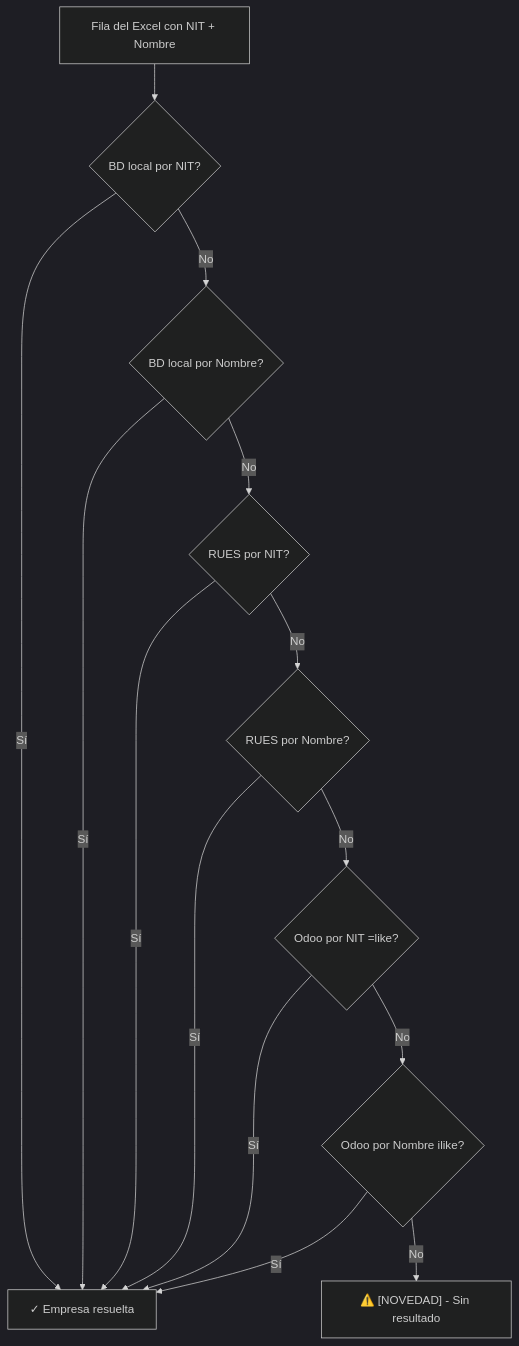
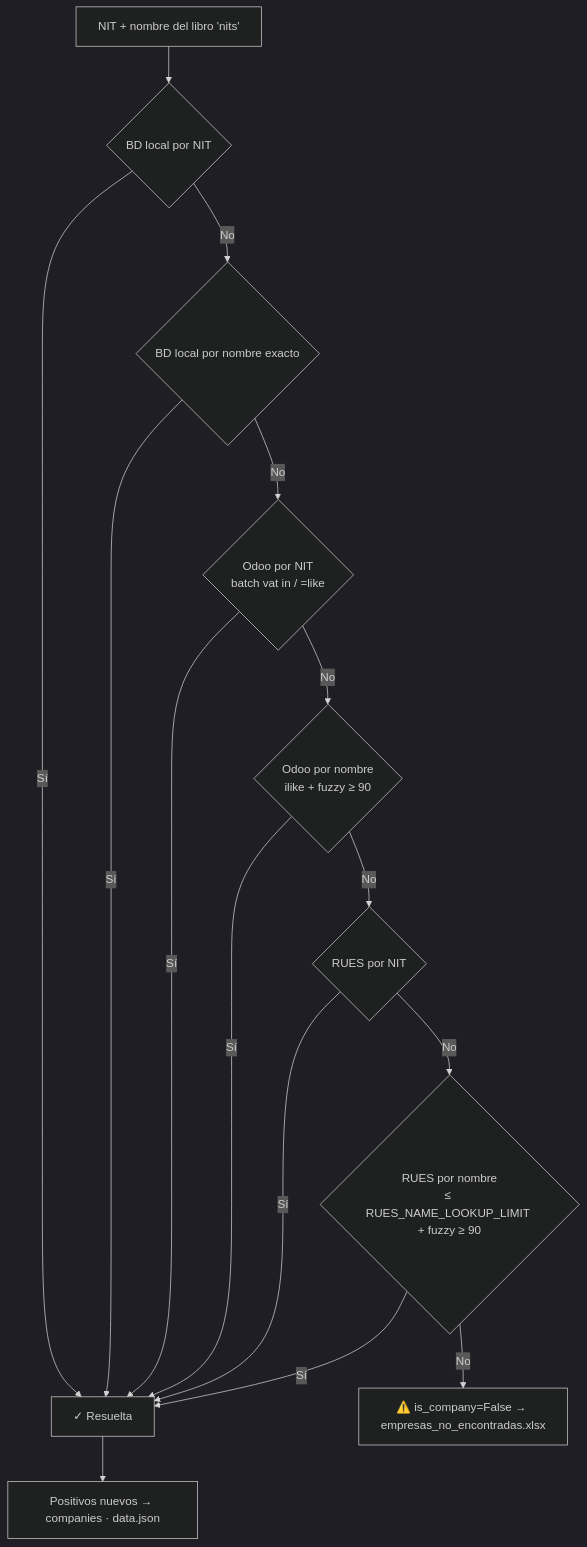
One commit to santo2409/Facturacion changed the seventh of 12 diagrams in docs/c4-diagrams.md. Above: the diagram before and after it, drawn with Mermaid (dark theme). The commit also changed other lines of this file, not shown here.

Commit message:
docs(c4-diagrams): update architectural diagrams and flowcharts for clarity and detail

````diff
--- a/docs/c4-diagrams.md
+++ b/docs/c4-diagrams.md
@@ -279,16 +331,17 @@
 ```mermaid
 flowchart TD
-    START[Fila del Excel con NIT + Nombre] --> A{BD local por NIT?}
-    A -->|Sí| DONE[✓ Empresa resuelta]
-    A -->|No| B{BD local por Nombre?}
-    B -->|Sí| DONE
-    B -->|No| C{RUES por NIT?}
-    C -->|Sí| DONE
-    C -->|No| D{RUES por Nombre?}
-    D -->|Sí| DONE
-    D -->|No| E{Odoo por NIT =like?}
-    E -->|Sí| DONE
-    E -->|No| F{Odoo por Nombre ilike?}
-    F -->|Sí| DONE
-    F -->|No| G["⚠️ [NOVEDAD] - Sin resultado"]
+    START[NIT + nombre del libro 'nits'] --> A{BD local por NIT}
+    A -->|Sí| OK[✓ Resuelta]
+    A -->|No| B{BD local por nombre exacto}
+    B -->|Sí| OK
+    B -->|No| C{Odoo por NIT<br/>batch vat in / =like}
+    C -->|Sí| OK
+    C -->|No| D{Odoo por nombre<br/>ilike + fuzzy ≥ 90}
+    D -->|Sí| OK
+    D -->|No| E{RUES por NIT}
+    E -->|Sí| OK
+    E -->|No| F{RUES por nombre<br/>≤ RUES_NAME_LOOKUP_LIMIT + fuzzy ≥ 90}
+    F -->|Sí| OK
+    F -->|No| G["⚠️ is_company=False → empresas_no_encontradas.xlsx"]
+    OK --> H[Positivos nuevos → companies · data.json]
 ```
````
